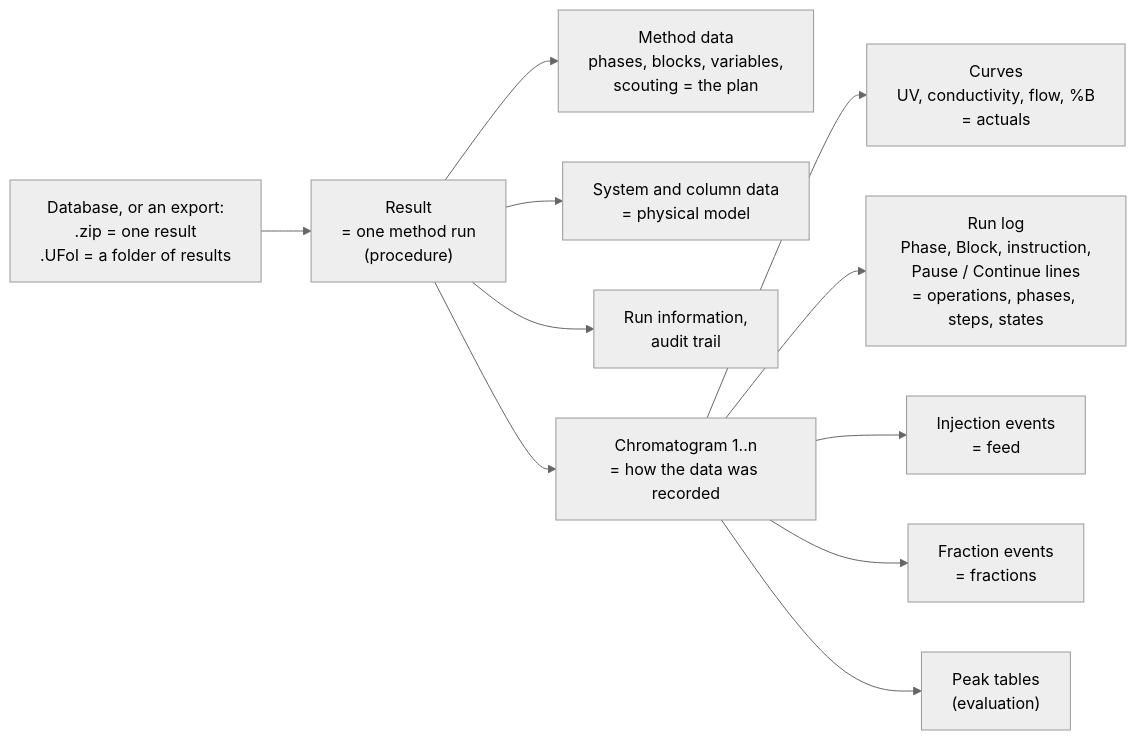
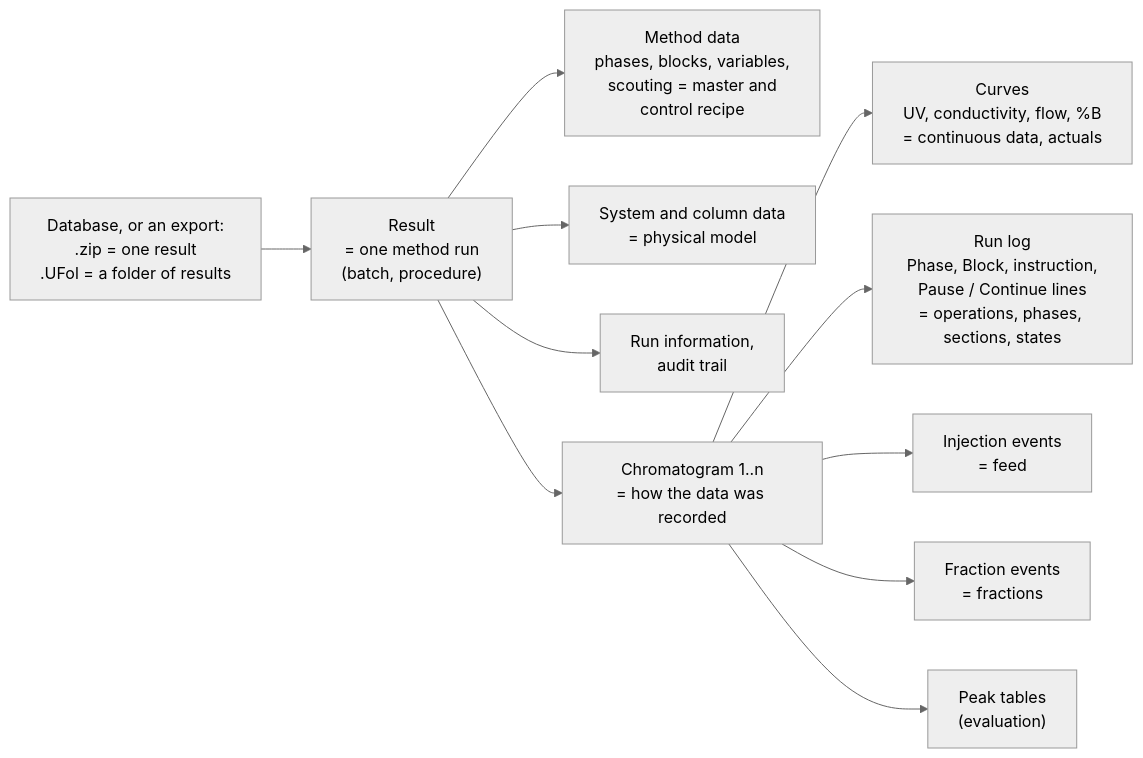
The fifth of 8 diagrams in docs/RUN_STRUCTURE_RECORD.md (traylosj/PyCORN), drawn with Mermaid (neutral theme) before and after one commit. The commit also changed other lines of this file and 4 other files, not shown here.

First line of the commit message:
Run record proposal: checked against ISA-88 Part 1, sections below the phase

````diff
--- a/docs/RUN_STRUCTURE_RECORD.md
+++ b/docs/RUN_STRUCTURE_RECORD.md
@@ -209,13 +235,13 @@
 ```mermaid
 flowchart LR
     src["Database, or an export:<br/>.zip = one result<br/>.UFol = a folder of results"] --> res
-    res["Result<br/>= one method run<br/>(procedure)"] --> meth["Method data<br/>phases, blocks, variables,<br/>scouting = the plan"]
+    res["Result<br/>= one method run<br/>(batch, procedure)"] --> meth["Method data<br/>phases, blocks, variables,<br/>scouting = master and<br/>control recipe"]
     res --> sys["System and column data<br/>= physical model"]
     res --> audit["Run information,<br/>audit trail"]
     res --> chrom["Chromatogram 1..n<br/>= how the data was recorded"]
-    chrom --> curves["Curves<br/>UV, conductivity, flow, %B<br/>= actuals"]
-    chrom --> log["Run log<br/>Phase, Block, instruction,<br/>Pause / Continue lines<br/>= operations, phases, steps, states"]
+    chrom --> curves["Curves<br/>UV, conductivity, flow, %B<br/>= continuous data, actuals"]
+    chrom --> log["Run log<br/>Phase, Block, instruction,<br/>Pause / Continue lines<br/>= operations, phases, sections, states"]
     chrom --> inj["Injection events<br/>= feed"]
     chrom --> frac["Fraction events<br/>= fractions"]
     chrom --> peaks["Peak tables<br/>(evaluation)"]
 ```
````
